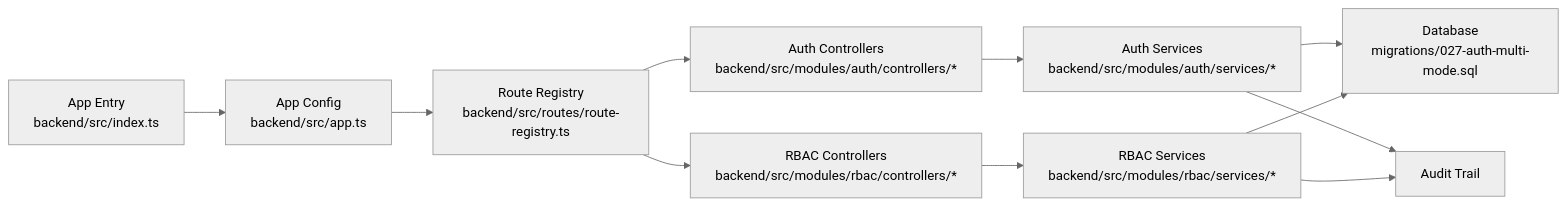
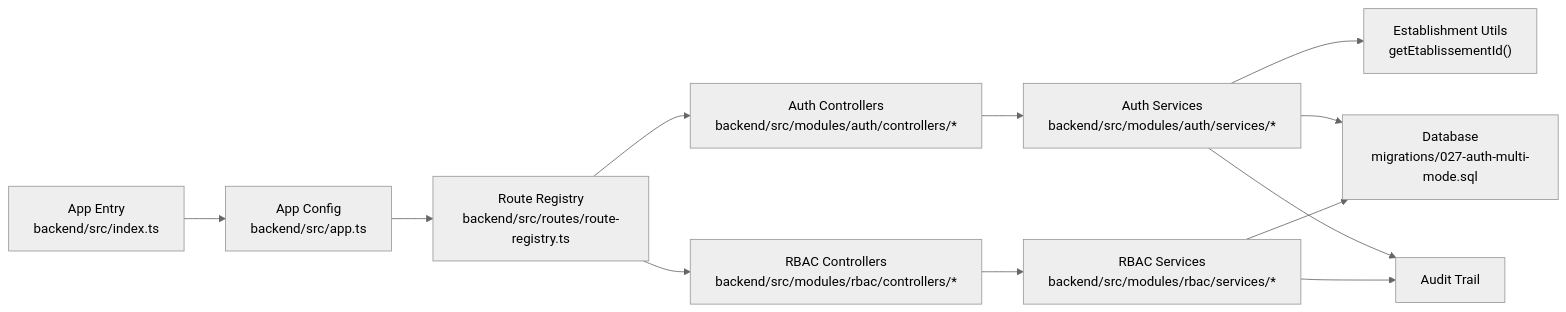
The third of 3 diagrams in .qoder/repowiki/en/content/Core Systems/Authentication & Authorization/Authentication & Authorization.md (franckylab/eLISAschool), drawn with Mermaid (neutral theme) before and after one commit. The commit also changed other lines of this file and 19 other files, not shown here.

````diff
--- a/.qoder/repowiki/en/content/Core Systems/Authentication & Authorization/Authentication & Authorization.md
+++ b/.qoder/repowiki/en/content/Core Systems/Authentication & Authorization/Authentication & Authorization.md
@@ -310,13 +330,14 @@
 ```mermaid
 graph LR
 App["App Entry<br/>backend/src/index.ts"] --> Config["App Config<br/>backend/src/app.ts"]
 Config --> Routes["Route Registry<br/>backend/src/routes/route-registry.ts"]
 Routes --> AuthCtrl["Auth Controllers<br/>backend/src/modules/auth/controllers/*"]
 Routes --> RbacCtrl["RBAC Controllers<br/>backend/src/modules/rbac/controllers/*"]
 AuthCtrl --> AuthSvc["Auth Services<br/>backend/src/modules/auth/services/*"]
 RbacCtrl --> RbacSvc["RBAC Services<br/>backend/src/modules/rbac/services/*"]
+AuthSvc --> EstUtils["Establishment Utils<br/>getEtablissementId()"]
 AuthSvc --> DB["Database<br/>migrations/027-auth-multi-mode.sql"]
 RbacSvc --> DB
 AuthSvc --> Audit["Audit Trail"]
 RbacSvc --> Audit
 ```
````
